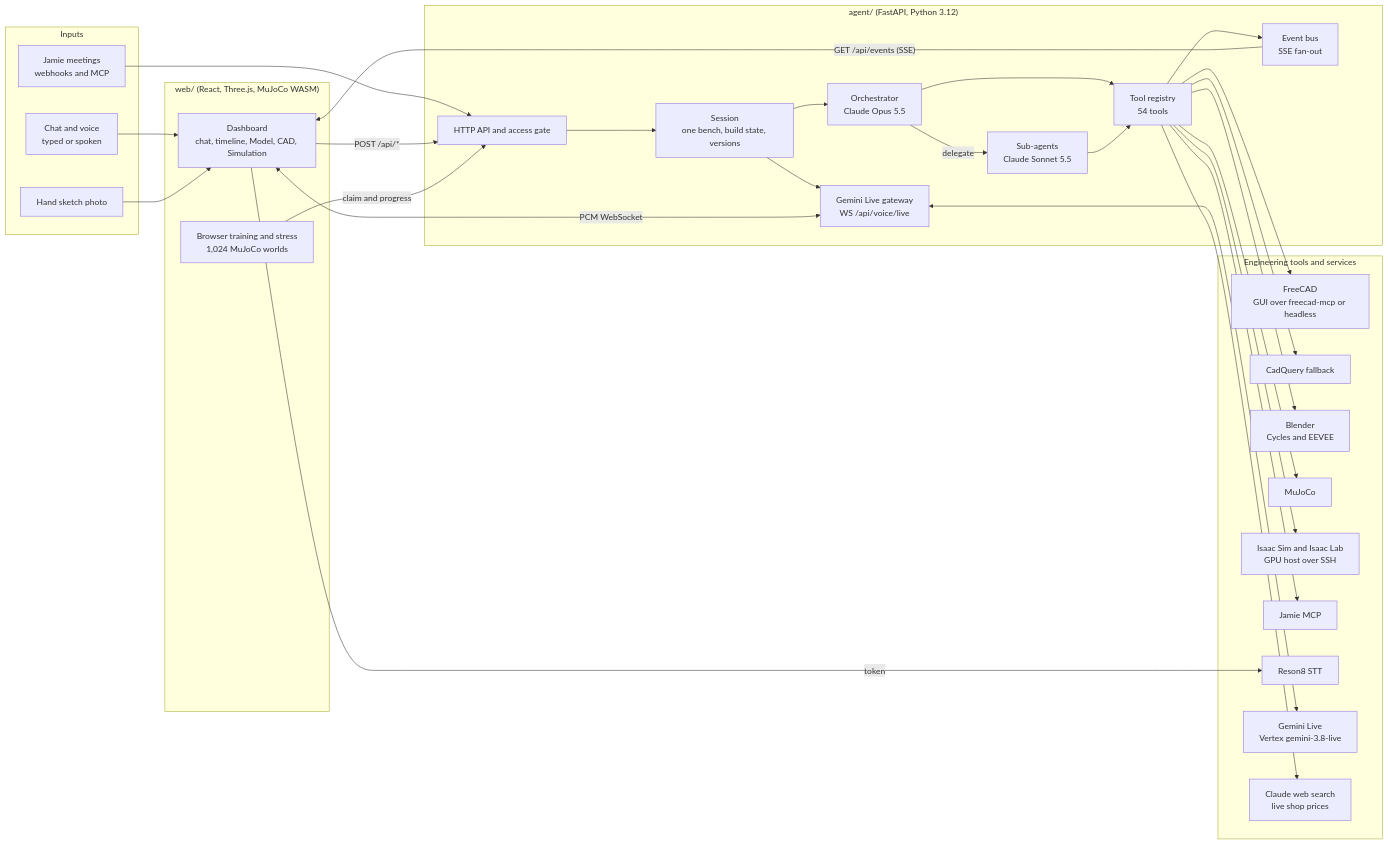
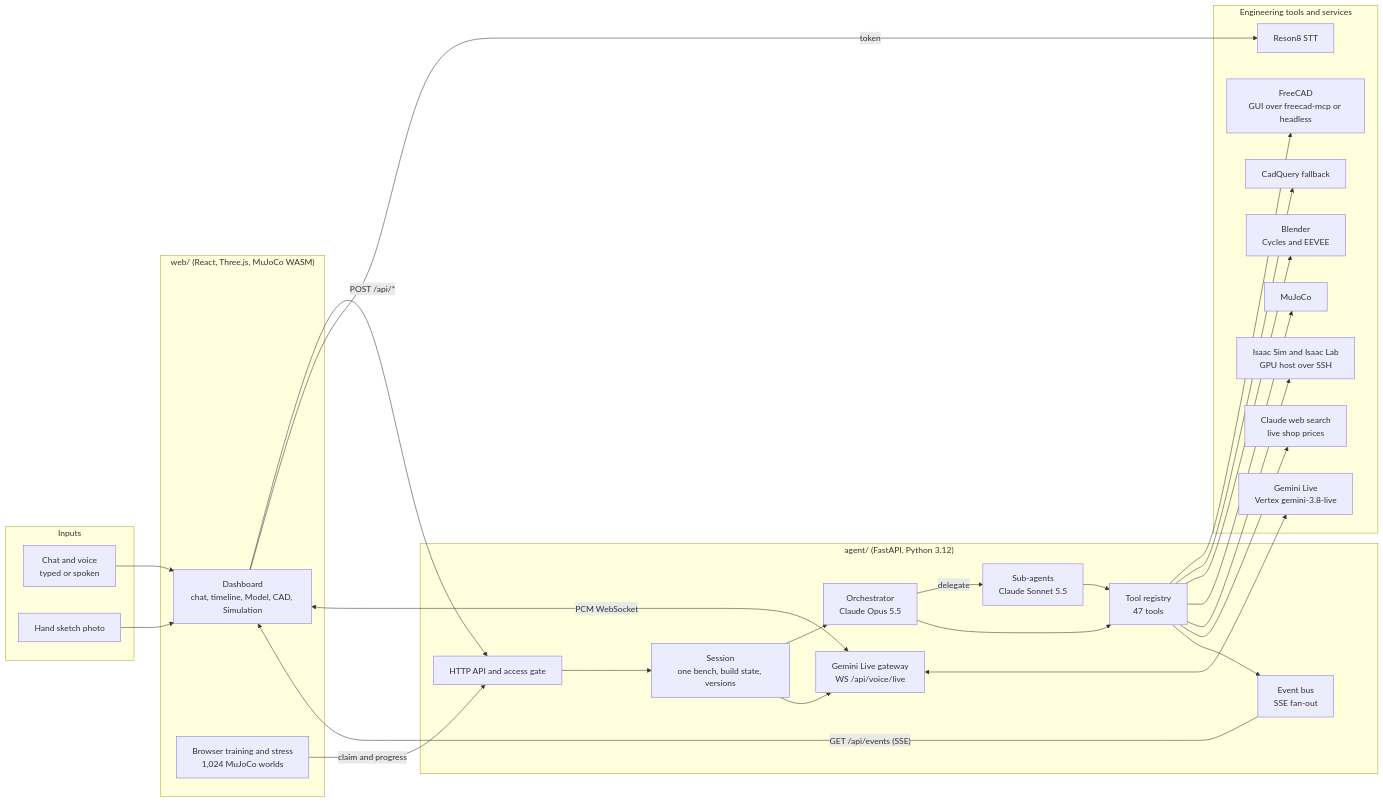
The first of 3 diagrams in docs/ARCHITECTURE.md (AnyBuildhackathon/bauplan), drawn with Mermaid before and after one commit. The commit also changed other lines of this file and 94 other files, not shown here.

````diff
--- a/docs/ARCHITECTURE.md
+++ b/docs/ARCHITECTURE.md
@@ -9,59 +9,55 @@
 ```mermaid
 flowchart LR
     subgraph Inputs
         U[Chat and voice<br/>typed or spoken]
         S[Hand sketch photo]
-        J[Jamie meetings<br/>webhooks and MCP]
     end
 
     subgraph Web["web/ (React, Three.js, MuJoCo WASM)"]
         UI[Dashboard<br/>chat, timeline, Model, CAD, Simulation]
         BT[Browser training and stress<br/>1,024 MuJoCo worlds]
     end
 
     subgraph Backend["agent/ (FastAPI, Python 3.12)"]
         API[HTTP API and access gate]
         SES[Session<br/>one bench, build state, versions]
         ORC[Orchestrator<br/>Claude Opus 5.5]
         SUB[Sub-agents<br/>Claude Sonnet 5.5]
         GLV[Gemini Live gateway<br/>WS /api/voice/live]
-        REG[Tool registry<br/>54 tools]
+        REG[Tool registry<br/>47 tools]
         BUS[Event bus<br/>SSE fan-out]
     end
 
     subgraph External["Engineering tools and services"]
         FC[FreeCAD<br/>GUI over freecad-mcp or headless]
         CQ[CadQuery fallback]
         BL[Blender<br/>Cycles and EEVEE]
         MJ[MuJoCo]
         IS[Isaac Sim and Isaac Lab<br/>GPU host over SSH]
-        JM[Jamie MCP]
         R8[Reson8 STT]
         GL[Gemini Live<br/>Vertex gemini-3.8-live]
         WS[Claude web search<br/>live shop prices]
     end
 
     U --> UI
     S --> UI
-    J --> API
     UI -- "POST /api/*" --> API
     API --> SES
     SES --> ORC
     SES --> GLV
     ORC -- delegate --> SUB
     ORC --> REG
     SUB --> REG
     REG --> FC
     REG --> CQ
     REG --> BL
     REG --> MJ
     REG --> IS
-    REG --> JM
     REG --> WS
     REG --> BUS
     GLV <--> GL
     BUS -- "GET /api/events (SSE)" --> UI
     UI -- "token" --> R8
     UI <-- "PCM WebSocket" --> GLV
     BT -- "claim and progress" --> API
 ```
````
